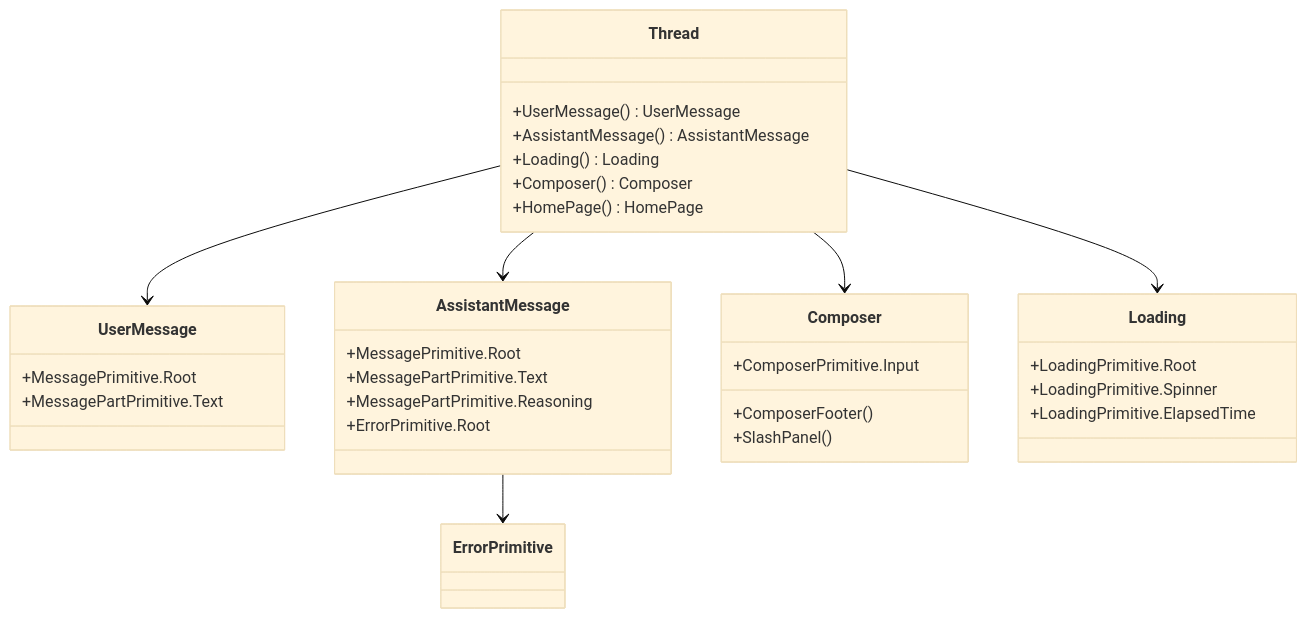
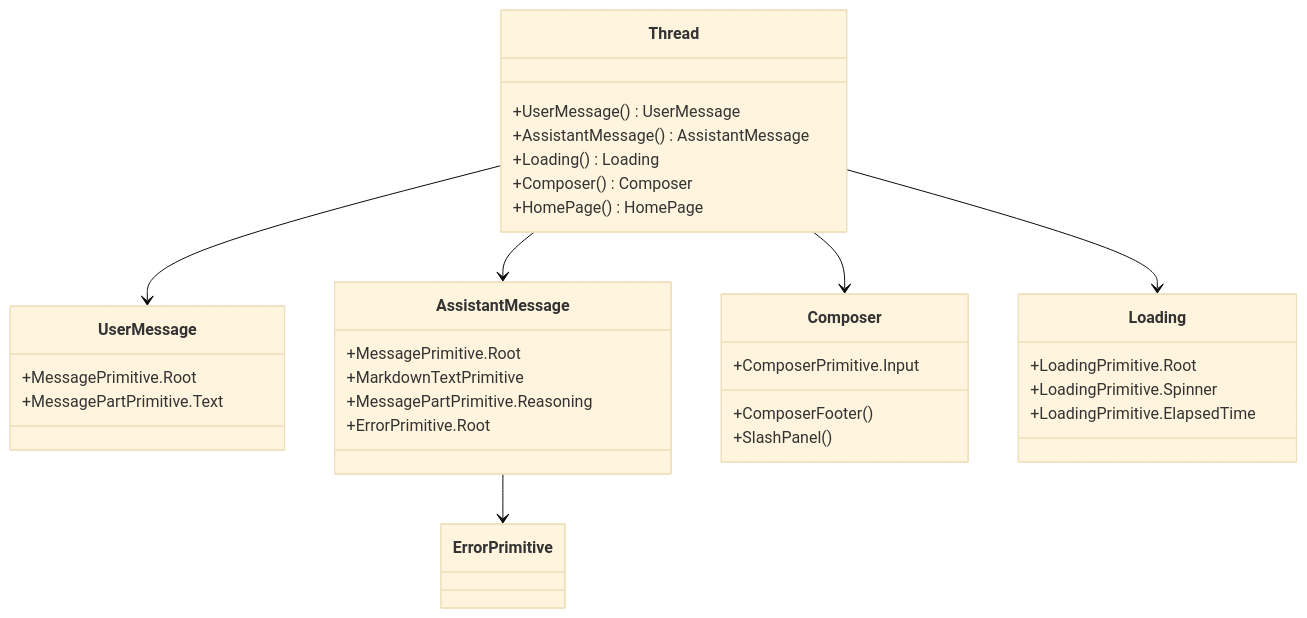
The seventh of 12 diagrams in .qoder/repowiki/zh/content/开发者指南/CLAUDE 关于 assistant-ui 的使用指南.md (HAOFUYANG/onion-code), drawn with Mermaid (base theme) before and after one commit. The commit also changed other lines of this file and 27 other files, not shown here.

````diff
--- a/.qoder/repowiki/zh/content/开发者指南/CLAUDE 关于 assistant-ui 的使用指南.md
+++ b/.qoder/repowiki/zh/content/开发者指南/CLAUDE 关于 assistant-ui 的使用指南.md
@@ -242,35 +250,35 @@
 ```mermaid
 classDiagram
 class Thread {
 +UserMessage() UserMessage
 +AssistantMessage() AssistantMessage
 +Loading() Loading
 +Composer() Composer
 +HomePage() HomePage
 }
 class UserMessage {
 +MessagePrimitive.Root
 +MessagePartPrimitive.Text
 }
 class AssistantMessage {
 +MessagePrimitive.Root
-+MessagePartPrimitive.Text
++MarkdownTextPrimitive
 +MessagePartPrimitive.Reasoning
 +ErrorPrimitive.Root
 }
 class Composer {
 +ComposerPrimitive.Input
 +ComposerFooter()
 +SlashPanel()
 }
 class Loading {
 +LoadingPrimitive.Root
 +LoadingPrimitive.Spinner
 +LoadingPrimitive.ElapsedTime
 }
 Thread --> UserMessage
 Thread --> AssistantMessage
 Thread --> Loading
 Thread --> Composer
 AssistantMessage --> ErrorPrimitive
 ```
````
